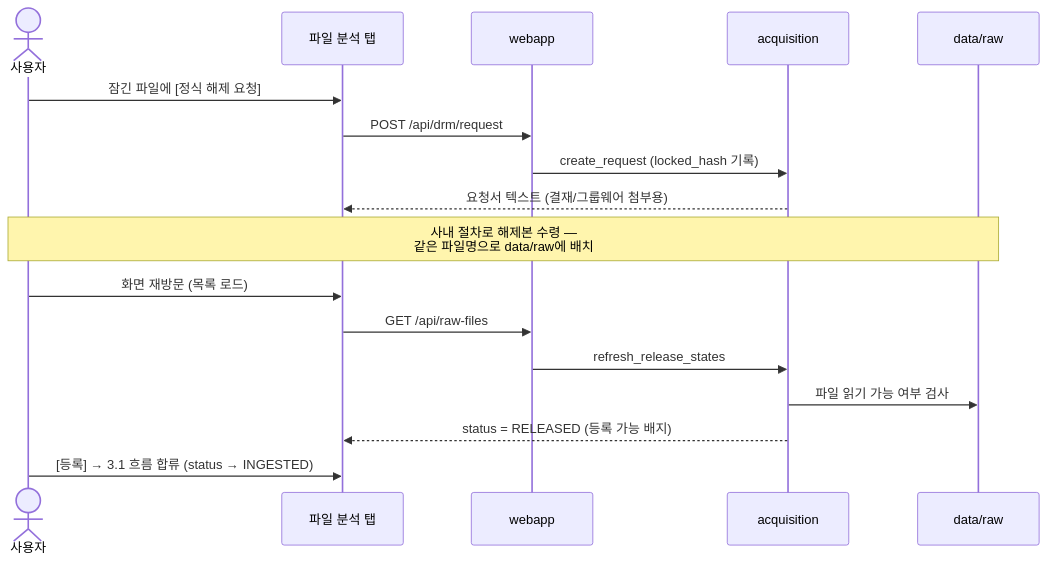
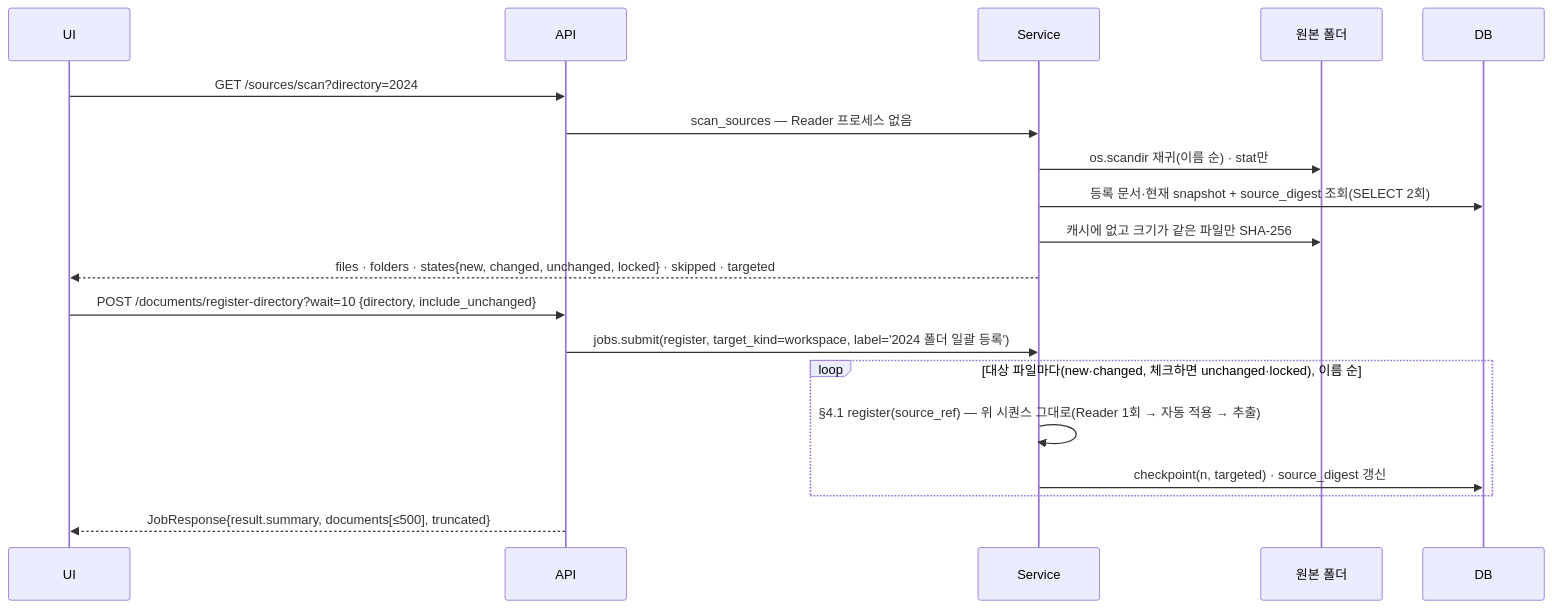
One commit to ujajuck/data_gathering changed the ninth of 11 diagrams in docs/ARCHITECTURE.md. Above: the diagram before and after it, drawn with Mermaid. The commit also changed other lines of this file and 305 other files, not shown here.

First line of the commit message:
레거시 제거와 개명 — v1·v2 런타임과 이관 도구 삭제, kg에서 schema로, 작업 공간 경로 정리

````diff
--- a/docs/ARCHITECTURE.md
+++ b/docs/ARCHITECTURE.md
@@ -508,20 +465,21 @@
 ```mermaid
 sequenceDiagram
-    actor U as 사용자
-    participant FE as 파일 분석 탭
-    participant W as webapp
-    participant A as acquisition
-    participant FS as data/raw
-
-    U->>FE: 잠긴 파일에 [정식 해제 요청]
-    FE->>W: POST /api/drm/request
-    W->>A: create_request (locked_hash 기록)
-    A-->>FE: 요청서 텍스트 (결재/그룹웨어 첨부용)
-    Note over U,FS: 사내 절차로 해제본 수령 —<br/>같은 파일명으로 data/raw에 배치
-    U->>FE: 화면 재방문 (목록 로드)
-    FE->>W: GET /api/raw-files
-    W->>A: refresh_release_states
-    A->>FS: 파일 읽기 가능 여부 검사
-    A-->>FE: status = RELEASED (등록 가능 배지)
-    U->>FE: [등록] → 3.1 흐름 합류 (status → INGESTED)
+    participant UI
+    participant API
+    participant SVC as Service
+    participant FS as 원본 폴더
+    participant DB
+    UI->>API: GET /sources/scan?directory=2024
+    API->>SVC: scan_sources — Reader 프로세스 없음
+    SVC->>FS: os.scandir 재귀(이름 순) · stat만
+    SVC->>DB: 등록 문서·현재 snapshot + source_digest 조회(SELECT 2회)
+    SVC->>FS: 캐시에 없고 크기가 같은 파일만 SHA-256
+    SVC-->>UI: files · folders · states{new, changed, unchanged, locked} · skipped · targeted
+    UI->>API: POST /documents/register-directory?wait=10 {directory, include_unchanged}
+    API->>SVC: jobs.submit(register, target_kind=workspace, label='2024 폴더 일괄 등록')
+    loop 대상 파일마다(new·changed, 체크하면 unchanged·locked), 이름 순
+        SVC->>SVC: §4.1 register(source_ref) — 위 시퀀스 그대로(Reader 1회 → 자동 적용 → 추출)
+        SVC->>DB: checkpoint(n, targeted) · source_digest 갱신
+    end
+    API-->>UI: JobResponse{result.summary, documents[≤500], truncated}
 ```
````
